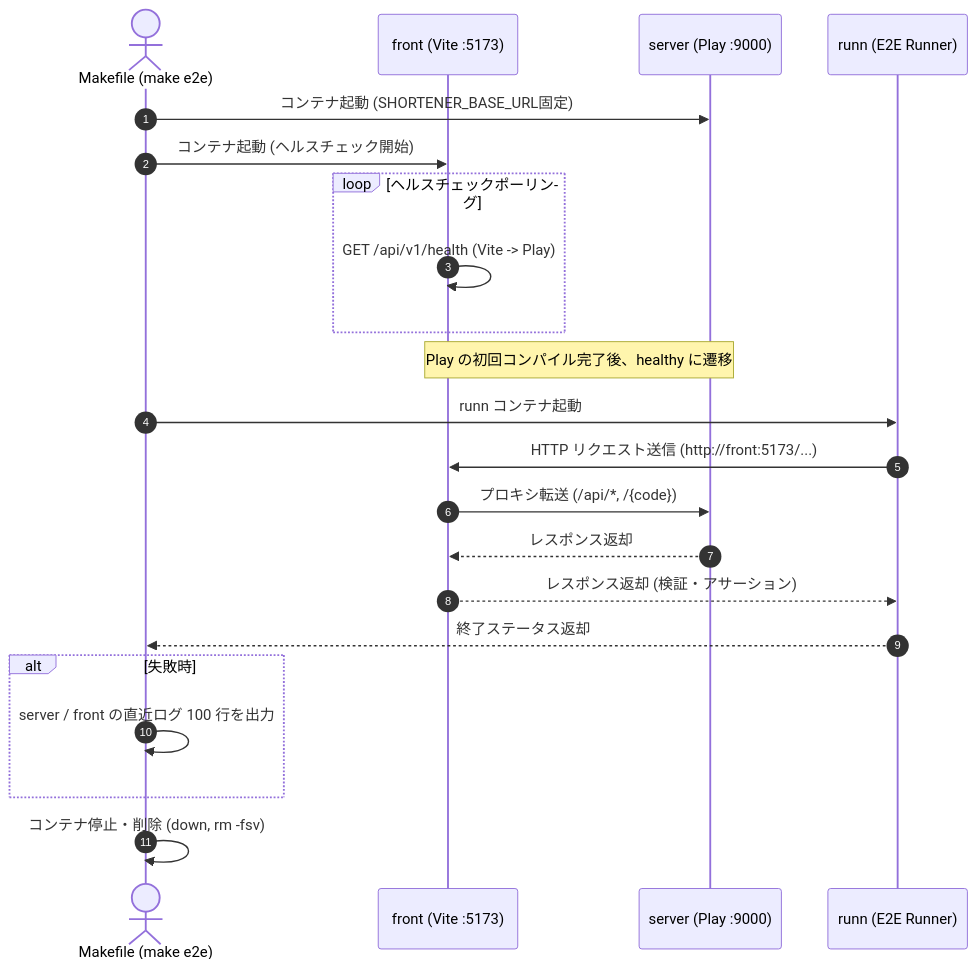
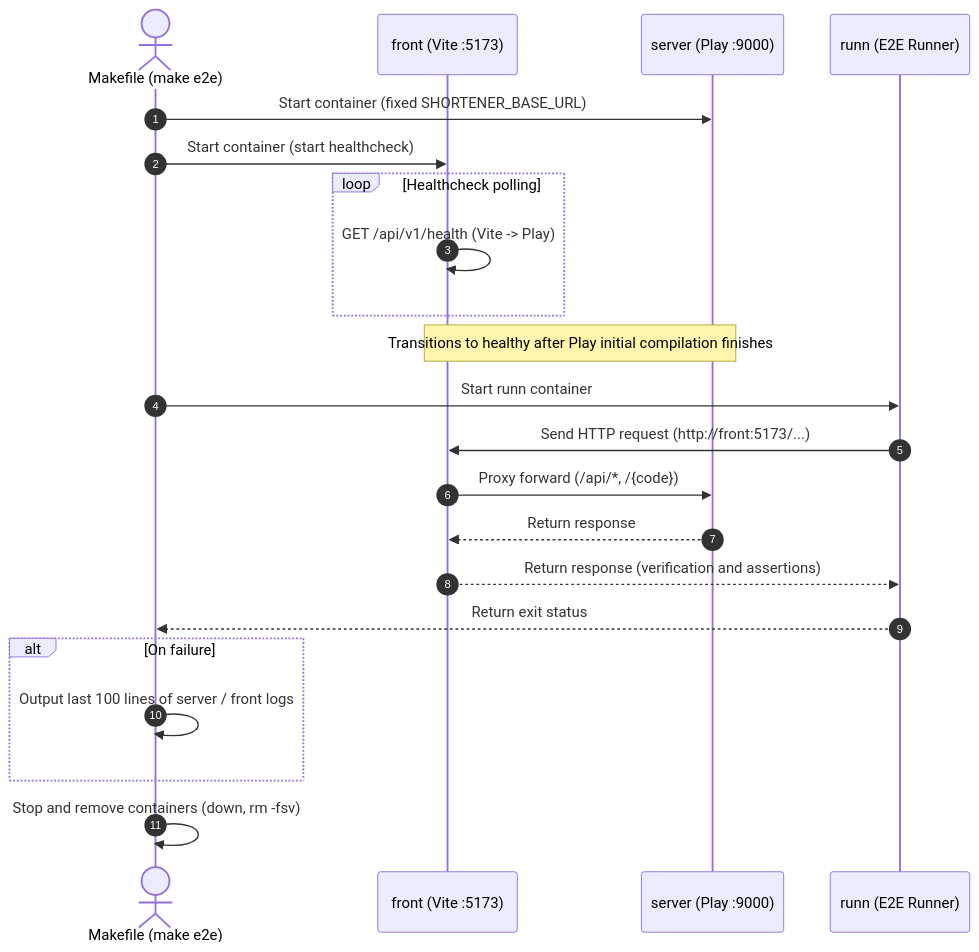
The diagram in tests/README.md (u-na-gi/short-link-service), drawn with Mermaid before and after one commit. The commit also changed other lines of this file and 119 other files, not shown here.

````diff
--- a/tests/README.md
+++ b/tests/README.md
@@ -83,25 +94,25 @@
 ```mermaid
 sequenceDiagram
     autonumber
     actor Make as Makefile (make e2e)
     participant Front as front (Vite :5173)
     participant Server as server (Play :9000)
     participant Runn as runn (E2E Runner)
 
-    Make->>Server: コンテナ起動 (SHORTENER_BASE_URL固定)
-    Make->>Front: コンテナ起動 (ヘルスチェック開始)
-    loop ヘルスチェックポーリング
+    Make->>Server: Start container (fixed SHORTENER_BASE_URL)
+    Make->>Front: Start container (start healthcheck)
+    loop Healthcheck polling
         Front->>Front: GET /api/v1/health (Vite -> Play)
     end
-    Note over Front,Server: Play の初回コンパイル完了後、healthy に遷移
-    Make->>Runn: runn コンテナ起動
-    Runn->>Front: HTTP リクエスト送信 (http://front:5173/...)
-    Front->>Server: プロキシ転送 (/api/*, /{code})
-    Server-->>Front: レスポンス返却
-    Front-->>Runn: レスポンス返却 (検証・アサーション)
-    Runn-->>Make: 終了ステータス返却
-    alt 失敗時
-        Make->>Make: server / front の直近ログ 100 行を出力
+    Note over Front,Server: Transitions to healthy after Play initial compilation finishes
+    Make->>Runn: Start runn container
+    Runn->>Front: Send HTTP request (http://front:5173/...)
+    Front->>Server: Proxy forward (/api/*, /{code})
+    Server-->>Front: Return response
+    Front-->>Runn: Return response (verification and assertions)
+    Runn-->>Make: Return exit status
+    alt On failure
+        Make->>Make: Output last 100 lines of server / front logs
     end
-    Make->>Make: コンテナ停止・削除 (down, rm -fsv)
+    Make->>Make: Stop and remove containers (down, rm -fsv)
 ```
````
